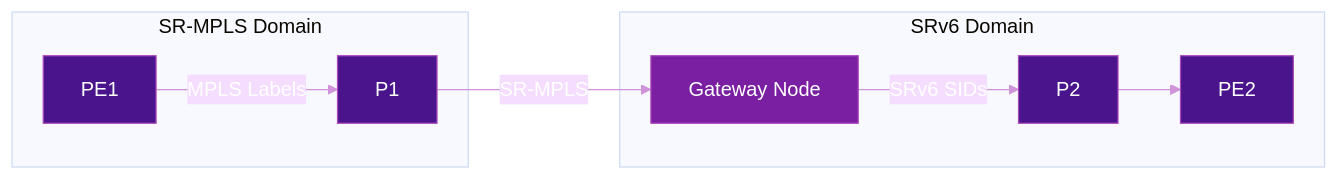
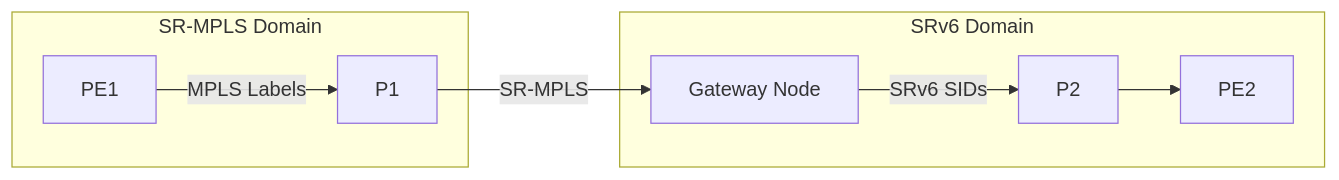
One commit to eldaninavas/srv6.md changed the first of 2 diagrams in docs/topics/interworking-migration.md. Above: the diagram before and after it, drawn with Mermaid. The commit also changed other lines of this file and 29 other files, not shown here.

First line of the commit message:
fix(mermaid): apply theme-aware colors site-wide

````diff
--- a/docs/topics/interworking-migration.md
+++ b/docs/topics/interworking-migration.md
@@ -76,20 +76,13 @@
 ```mermaid
-%%{init: {"theme": "base", "themeVariables": {"primaryTextColor": "#fff", "lineColor": "#ce93d8", "textColor": "#fff"}}}%%
 graph LR
     subgraph SR-MPLS Domain
         A[PE1] -->|MPLS Labels| B[P1]
     end
 
     B -->|SR-MPLS| GW[Gateway Node]
 
     subgraph SRv6 Domain
         GW -->|SRv6 SIDs| C[P2]
         C --> D[PE2]
     end
-
-    style A fill:#4a148c,color:#fff,stroke:#ab47bc
-    style D fill:#4a148c,color:#fff,stroke:#ab47bc
-    style GW fill:#7b1fa2,color:#fff,stroke:#ab47bc
-    style B fill:#4a148c,color:#fff,stroke:#ab47bc
-    style C fill:#4a148c,color:#fff,stroke:#ab47bc
 ```
````
